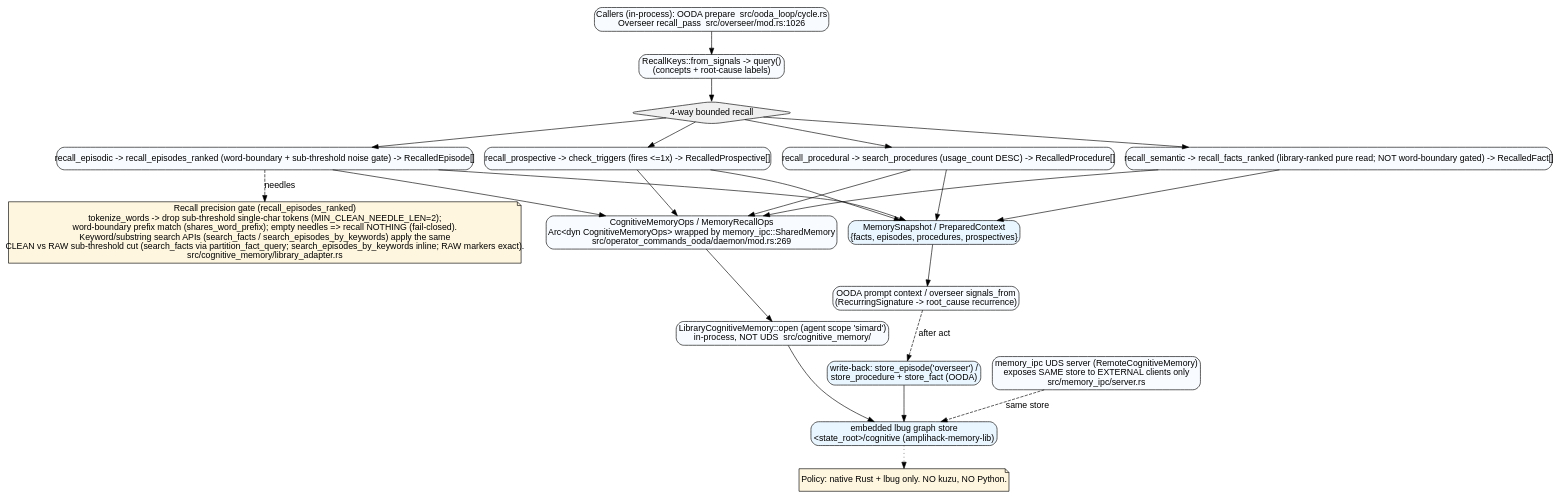
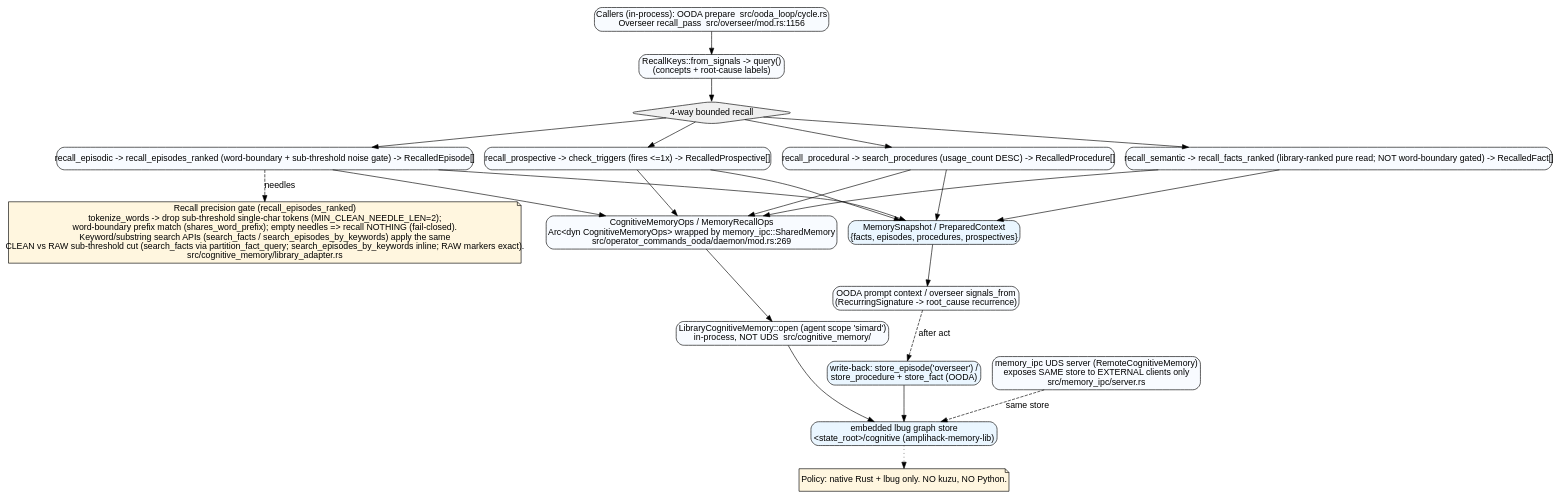
Before and after one commit to rysweet/Simard: the diagram in docs/atlas/agentic-flows/agentic-memory-recall.dot, drawn with Graphviz. The commit also changed 10 other files, not shown here.

```diff
--- a/docs/atlas/agentic-flows/agentic-memory-recall.dot
+++ b/docs/atlas/agentic-flows/agentic-memory-recall.dot
@@ -1,33 +1,33 @@
 digraph AgenticMemoryRecall {
   rankdir=TB;
   node [shape=box, style="rounded,filled", fillcolor="#f8fbff", fontname="Arial"];
   edge [fontname="Arial"];
 
-  trigger [label="Callers (in-process): OODA prepare  src/ooda_loop/cycle.rs\nOverseer recall_pass  src/overseer/mod.rs:1026"];
+  trigger [label="Callers (in-process): OODA prepare  src/ooda_loop/cycle.rs\nOverseer recall_pass  src/overseer/mod.rs:1156"];
   keys    [label="RecallKeys::from_signals -> query()\n(concepts + root-cause labels)"];
   fanout  [label="4-way bounded recall", shape=diamond, fillcolor="#f0f0f0"];
   sem     [label="recall_semantic -> recall_facts_ranked (library-ranked pure read; NOT word-boundary gated) -> RecalledFact[]"];
   epi     [label="recall_episodic -> recall_episodes_ranked (word-boundary + sub-threshold noise gate) -> RecalledEpisode[]"];
   proc    [label="recall_procedural -> search_procedures (usage_count DESC) -> RecalledProcedure[]"];
   pros    [label="recall_prospective -> check_triggers (fires <=1x) -> RecalledProspective[]"];
   adapter [label="CognitiveMemoryOps / MemoryRecallOps\nArc<dyn CognitiveMemoryOps> wrapped by memory_ipc::SharedMemory\nsrc/operator_commands_ooda/daemon/mod.rs:269"];
   lib     [label="LibraryCognitiveMemory::open (agent scope 'simard')\nin-process, NOT UDS  src/cognitive_memory/"];
   store   [label="embedded lbug graph store\n<state_root>/cognitive (amplihack-memory-lib)", fillcolor="#eaf6ff"];
   snapshot[label="MemorySnapshot / PreparedContext\n{facts, episodes, procedures, prospectives}", fillcolor="#eaf6ff"];
   use     [label="OODA prompt context / overseer signals_from\n(RecurringSignature -> root_cause recurrence)"];
   wb      [label="write-back: store_episode('overseer') /\nstore_procedure + store_fact (OODA)", fillcolor="#eaf6ff"];
   ext     [label="memory_ipc UDS server (RemoteCognitiveMemory)\nexposes SAME store to EXTERNAL clients only\nsrc/memory_ipc/server.rs"];
   note    [label="Policy: native Rust + lbug only. NO kuzu, NO Python.", shape=note, fillcolor="#fff6df"];
   ngate   [label="Recall precision gate (recall_episodes_ranked)\ntokenize_words -> drop sub-threshold single-char tokens (MIN_CLEAN_NEEDLE_LEN=2);\nword-boundary prefix match (shares_word_prefix); empty needles => recall NOTHING (fail-closed).\nKeyword/substring search APIs (search_facts / search_episodes_by_keywords) apply the same\nCLEAN vs RAW sub-threshold cut (search_facts via partition_fact_query; search_episodes_by_keywords inline; RAW markers exact).\nsrc/cognitive_memory/library_adapter.rs", shape=note, fillcolor="#fff6df"];
 
   trigger -> keys -> fanout;
   fanout -> sem; fanout -> epi; fanout -> proc; fanout -> pros;
   sem -> adapter; epi -> adapter; proc -> adapter; pros -> adapter;
   adapter -> lib -> store;
   sem -> snapshot; epi -> snapshot; proc -> snapshot; pros -> snapshot;
   epi -> ngate [label="needles", style=dashed];  snapshot -> use;
   use -> wb [label="after act", style=dashed];
   wb -> store;
   ext -> store [label="same store", style=dashed];
   store -> note [style=dotted];
 }
```
